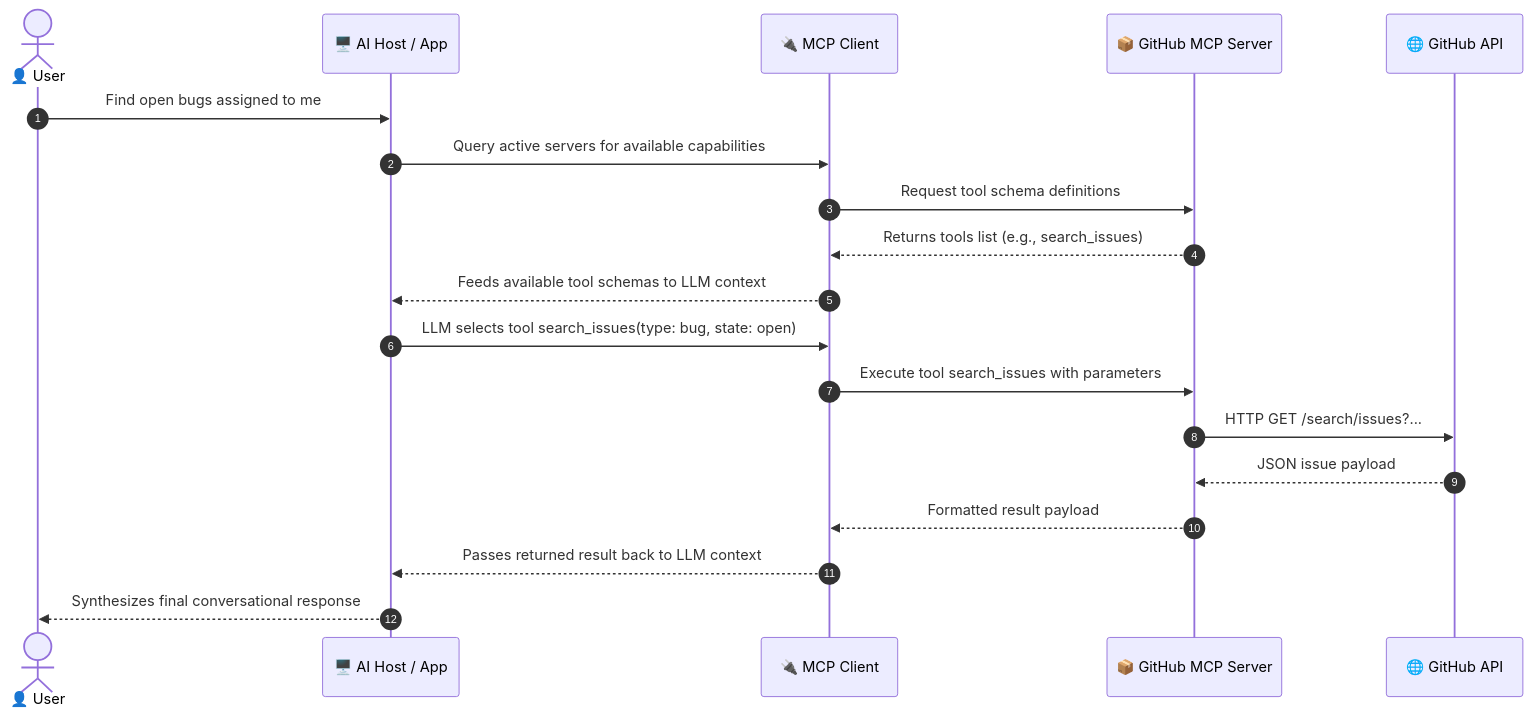
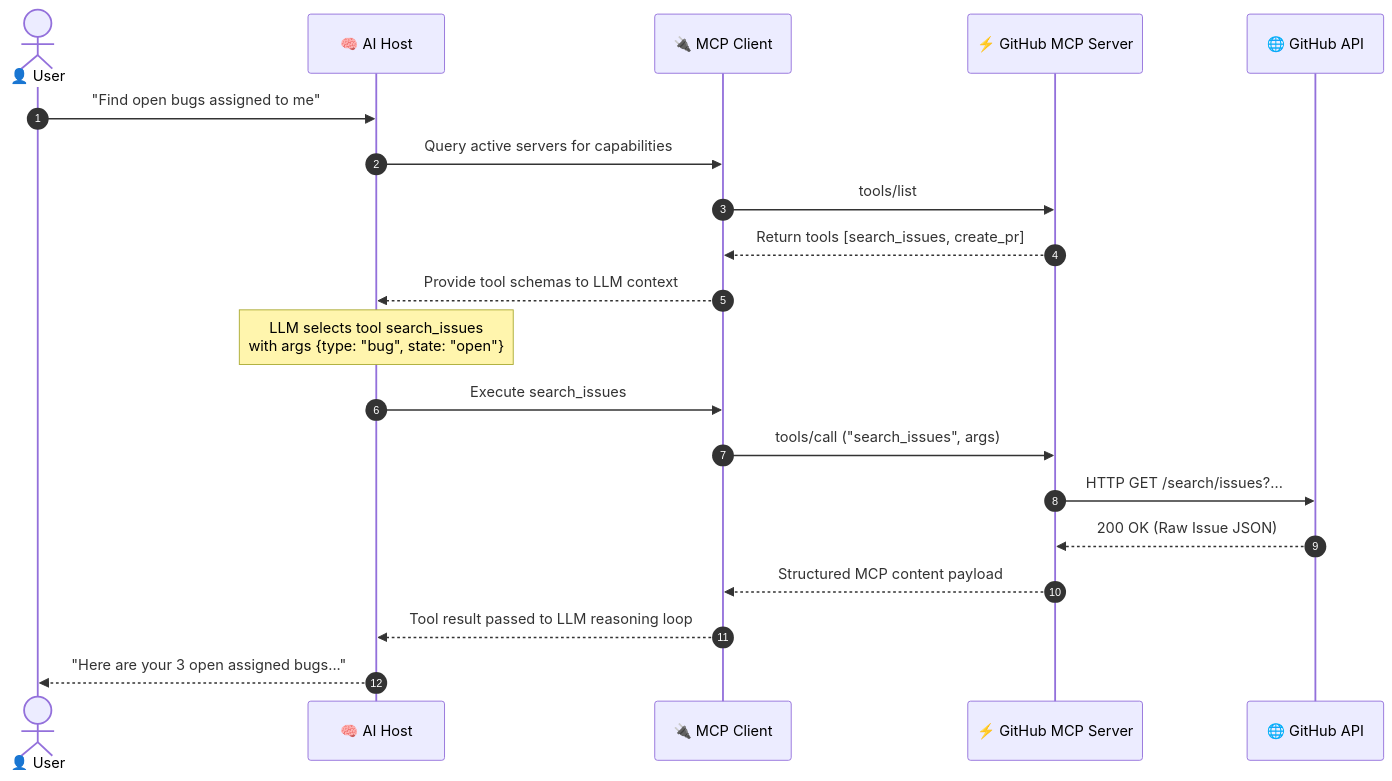
The fifth of 6 diagrams in content/blog/what_is_mcp_and_why_do_we_need_it.mdx (Magnificent-steiner0/Magnificent-steiner0.github.io), drawn with Mermaid before and after one commit. The commit also changed other lines of this file and 5 other files, not shown here.

````diff
--- a/content/blog/what_is_mcp_and_why_do_we_need_it.mdx
+++ b/content/blog/what_is_mcp_and_why_do_we_need_it.mdx
@@ -208,22 +229,23 @@
 ```mermaid
 sequenceDiagram
     autonumber
     actor User as 👤 User
-    participant Host as 🖥️ AI Host / App
+    participant Host as 🧠 AI Host
     participant Client as 🔌 MCP Client
-    participant Server as 📦 GitHub MCP Server
+    participant Server as ⚡ GitHub MCP Server
     participant API as 🌐 GitHub API
 
-    User->>Host: Find open bugs assigned to me
-    Host->>Client: Query active servers for available capabilities
-    Client->>Server: Request tool schema definitions
-    Server-->>Client: Returns tools list (e.g., search_issues)
-    Client-->>Host: Feeds available tool schemas to LLM context
-    Host->>Client: LLM selects tool search_issues(type: bug, state: open)
-    Client->>Server: Execute tool search_issues with parameters
+    User->>Host: "Find open bugs assigned to me"
+    Host->>Client: Query active servers for capabilities
+    Client->>Server: tools/list
+    Server-->>Client: Return tools [search_issues, create_pr]
+    Client-->>Host: Provide tool schemas to LLM context
+    Note over Host: LLM selects tool search_issues<br/>with args {type: "bug", state: "open"}
+    Host->>Client: Execute search_issues
+    Client->>Server: tools/call ("search_issues", args)
     Server->>API: HTTP GET /search/issues?...
-    API-->>Server: JSON issue payload
-    Server-->>Client: Formatted result payload
-    Client-->>Host: Passes returned result back to LLM context
-    Host-->>User: Synthesizes final conversational response
+    API-->>Server: 200 OK (Raw Issue JSON)
+    Server-->>Client: Structured MCP content payload
+    Client-->>Host: Tool result passed to LLM reasoning loop
+    Host-->>User: "Here are your 3 open assigned bugs..."
 ```
````
